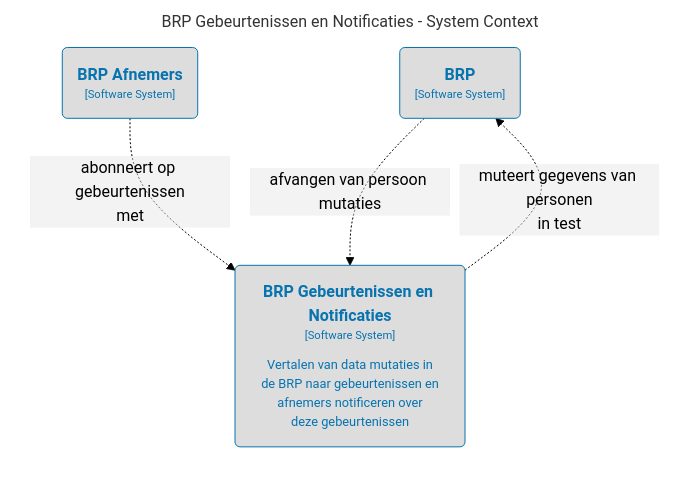
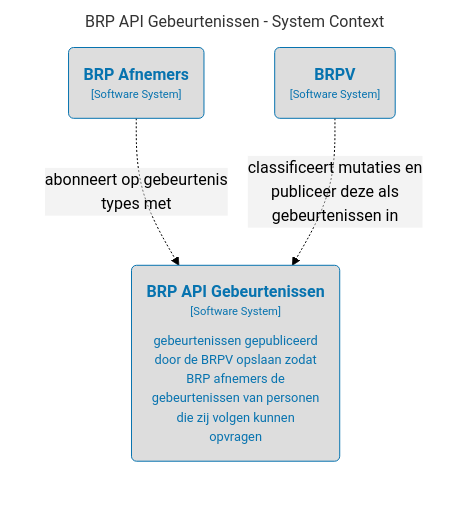
One commit to BRP-API/brp-api-gebeurtenissen changed the diagram in architectuur/system-context.md. Above: the diagram before and after it, drawn with Mermaid (forest theme). The commit also changed 2 other files, not shown here.

Commit message:
chore: mermaid variant c4 diagrammen updated

````diff
--- a/architectuur/system-context.md
+++ b/architectuur/system-context.md
@@ -1,19 +1,18 @@
 ```mermaid
 graph LR
   linkStyle default fill:#ffffff
 
-  subgraph diagram ["BRP Gebeurtenissen en Notificaties - System Context"]
+  subgraph diagram ["BRP API Gebeurtenissen - System Context"]
     style diagram fill:#ffffff,stroke:#ffffff
 
-    1("<div style='font-weight: bold'>BRP</div><div style='font-size: 70%; margin-top: 0px'>[Software System]</div>")
+    1("<div style='font-weight: bold'>BRPV</div><div style='font-size: 70%; margin-top: 0px'>[Software System]</div>")
     style 1 fill:#dddddd,stroke:#0773af,color:#0773af
-    11("<div style='font-weight: bold'>BRP Afnemers</div><div style='font-size: 70%; margin-top: 0px'>[Software System]</div>")
-    style 11 fill:#dddddd,stroke:#0773af,color:#0773af
-    2("<div style='font-weight: bold'>BRP Gebeurtenissen en Notificaties</div><div style='font-size: 70%; margin-top: 0px'>[Software System]</div><div style='font-size: 80%; margin-top:10px'>Vertalen van data mutaties in<br />de BRP naar gebeurtenissen en<br />afnemers notificeren over<br />deze gebeurtenissen</div>")
+    10("<div style='font-weight: bold'>BRP Afnemers</div><div style='font-size: 70%; margin-top: 0px'>[Software System]</div>")
+    style 10 fill:#dddddd,stroke:#0773af,color:#0773af
+    2("<div style='font-weight: bold'>BRP API Gebeurtenissen</div><div style='font-size: 70%; margin-top: 0px'>[Software System]</div><div style='font-size: 80%; margin-top:10px'>gebeurtenissen gepubliceerd<br />door de BRPV opslaan zodat<br />BRP afnemers de<br />gebeurtenissen van personen<br />die zij volgen kunnen<br />opvragen</div>")
     style 2 fill:#dddddd,stroke:#0773af,color:#0773af
 
-    11-. "<div>abonneert op gebeurtenissen<br />met</div><div style='font-size: 70%'></div>" .->2
-    2-. "<div>muteert gegevens van personen<br />in test</div><div style='font-size: 70%'></div>" .->1
-    1-. "<div>afvangen van persoon mutaties</div><div style='font-size: 70%'></div>" .->2
+    10-. "<div>abonneert op gebeurtenis<br />types met</div><div style='font-size: 70%'></div>" .->2
+    1-. "<div>classificeert mutaties en<br />publiceer deze als<br />gebeurtenissen in</div><div style='font-size: 70%'></div>" .->2
   end
 ```
````
